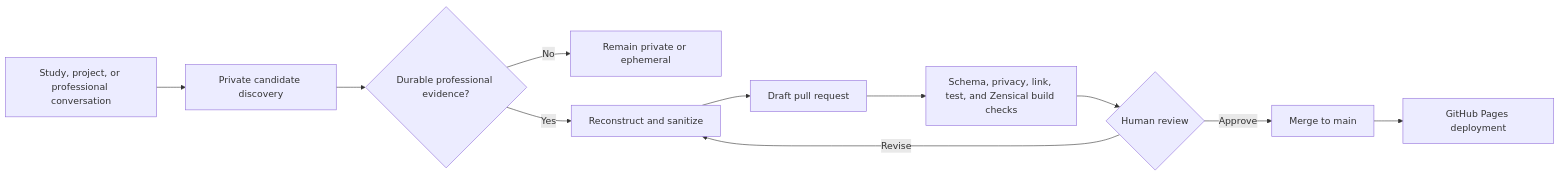
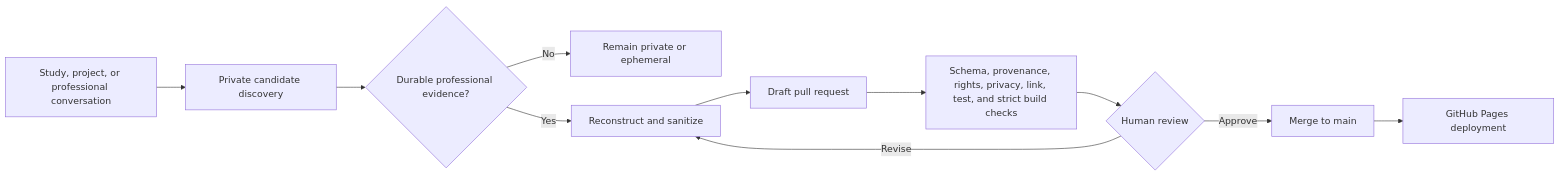
One commit to skrrtvonnegut-droid/portfolio changed the diagram in README.md. Above: the diagram before and after it, drawn with Mermaid. The commit also changed other lines of this file and 25 other files, not shown here.

````diff
--- a/README.md
+++ b/README.md
@@ -42,13 +42,13 @@
 ```mermaid
 flowchart LR
     A[Study, project, or professional conversation] --> B[Private candidate discovery]
     B --> C{Durable professional evidence?}
     C -->|No| D[Remain private or ephemeral]
     C -->|Yes| E[Reconstruct and sanitize]
     E --> F[Draft pull request]
-    F --> G[Schema, privacy, link, test, and Zensical build checks]
+    F --> G[Schema, provenance, rights, privacy, link, test, and strict build checks]
     G --> H{Human review}
     H -->|Revise| E
     H -->|Approve| I[Merge to main]
     I --> J[GitHub Pages deployment]
 ```
````
